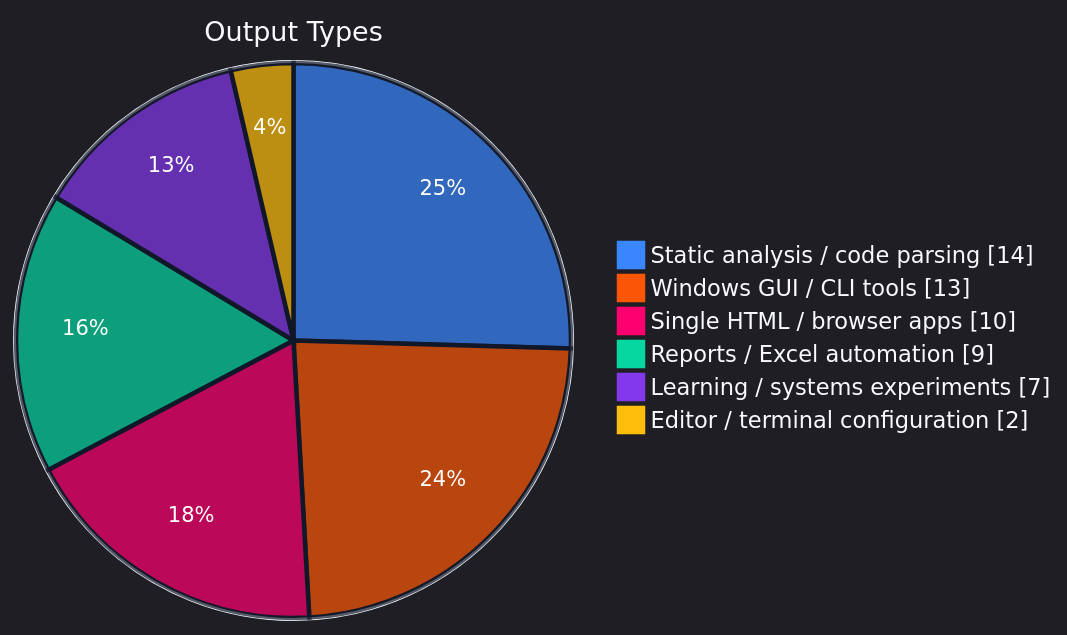
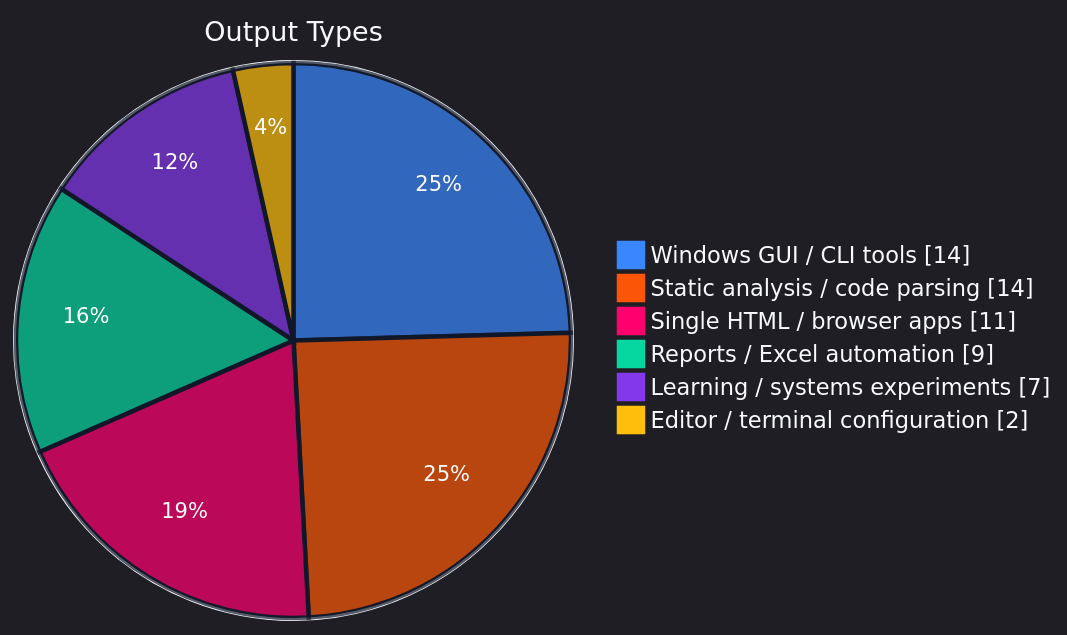
The second of 4 diagrams in README.md (SSsan-00/SSsan-00), drawn with Mermaid before and after one commit. The commit also changed other lines of this file and 2 other files, not shown here.

````diff
--- a/README.md
+++ b/README.md
@@ -56,11 +56,11 @@
 ```mermaid
 %%{init: {"theme":"dark","themeVariables":{"background":"#0f172a","mainBkg":"#0f172a","textColor":"#f8fafc","primaryTextColor":"#f8fafc","pieStrokeColor":"#0f172a","pieStrokeWidth":"3px","pieOuterStrokeColor":"#f8fafc","pieOuterStrokeWidth":"2px","pieTitleTextColor":"#f8fafc","pieTitleTextSize":"18px","pieLegendTextColor":"#f8fafc","pieLegendTextSize":"15px","pieSectionTextColor":"#ffffff","pieSectionTextSize":"14px","pie1":"#3a86ff","pie2":"#fb5607","pie3":"#ff006e","pie4":"#06d6a0","pie5":"#8338ec","pie6":"#ffbe0b"}}}%%
 pie showData
   title Output Types
+  "Windows GUI / CLI tools" : 14
   "Static analysis / code parsing" : 14
-  "Windows GUI / CLI tools" : 13
-  "Single HTML / browser apps" : 10
+  "Single HTML / browser apps" : 11
   "Reports / Excel automation" : 9
   "Learning / systems experiments" : 7
   "Editor / terminal configuration" : 2
 ```
````
